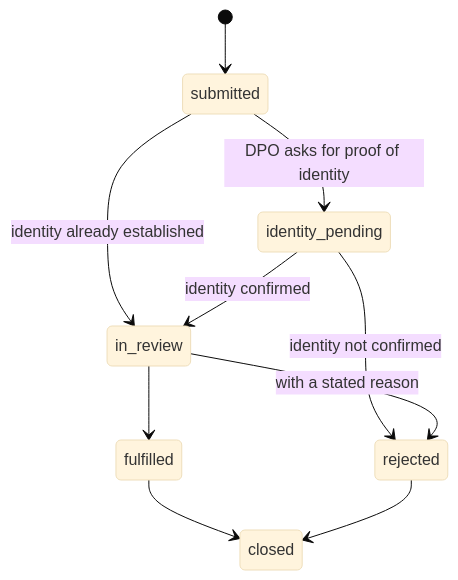
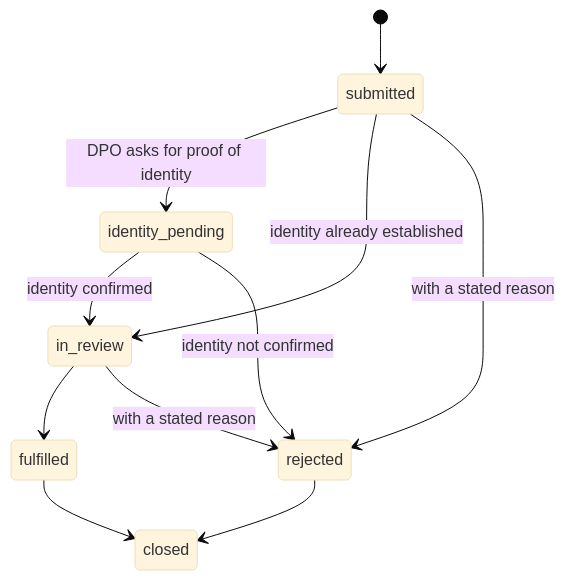
The second of 2 diagrams in docs/design/LLD.md (pranaav2k5/saral-privacy), drawn with Mermaid (base theme) before and after one commit. The commit also changed other lines of this file and 22 other files, not shown here.

````diff
--- a/docs/design/LLD.md
+++ b/docs/design/LLD.md
@@ -123,12 +123,13 @@
 ```mermaid
 stateDiagram-v2
   [*] --> submitted
   submitted --> identity_pending: DPO asks for proof of identity
   submitted --> in_review: identity already established
+  submitted --> rejected: with a stated reason
   identity_pending --> in_review: identity confirmed
   identity_pending --> rejected: identity not confirmed
   in_review --> fulfilled
   in_review --> rejected: with a stated reason
   fulfilled --> closed
   rejected --> closed
 ```
````
